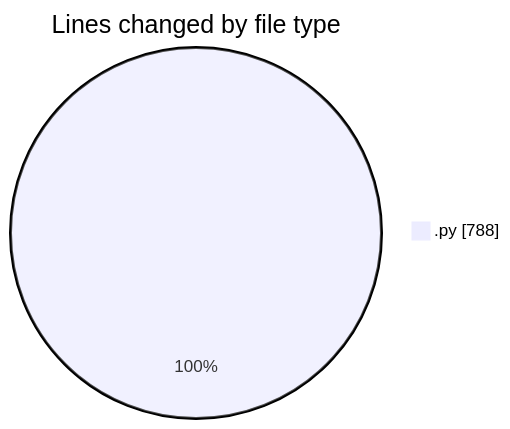
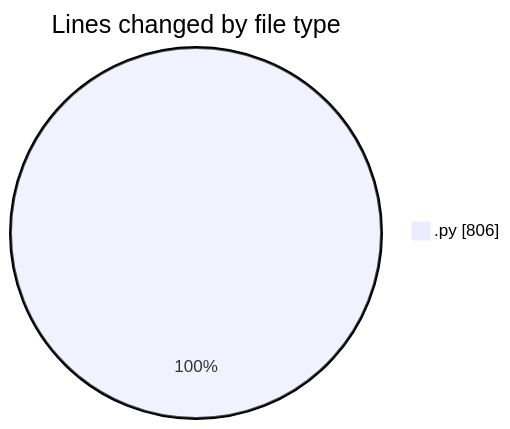
The first of 2 diagrams in 2025-04-24/synth_911data_gen/README.md (trdunsworth/code-tracking), drawn with Mermaid before and after one commit. The commit also changed other lines of this file and 1 other file, not shown here.

````diff
--- a/2025-04-24/synth_911data_gen/README.md
+++ b/2025-04-24/synth_911data_gen/README.md
@@ -21,5 +21,5 @@
 ```mermaid
 pie showData
 title Lines changed by file type
-".py" : 788
+".py" : 806
 ```
````
